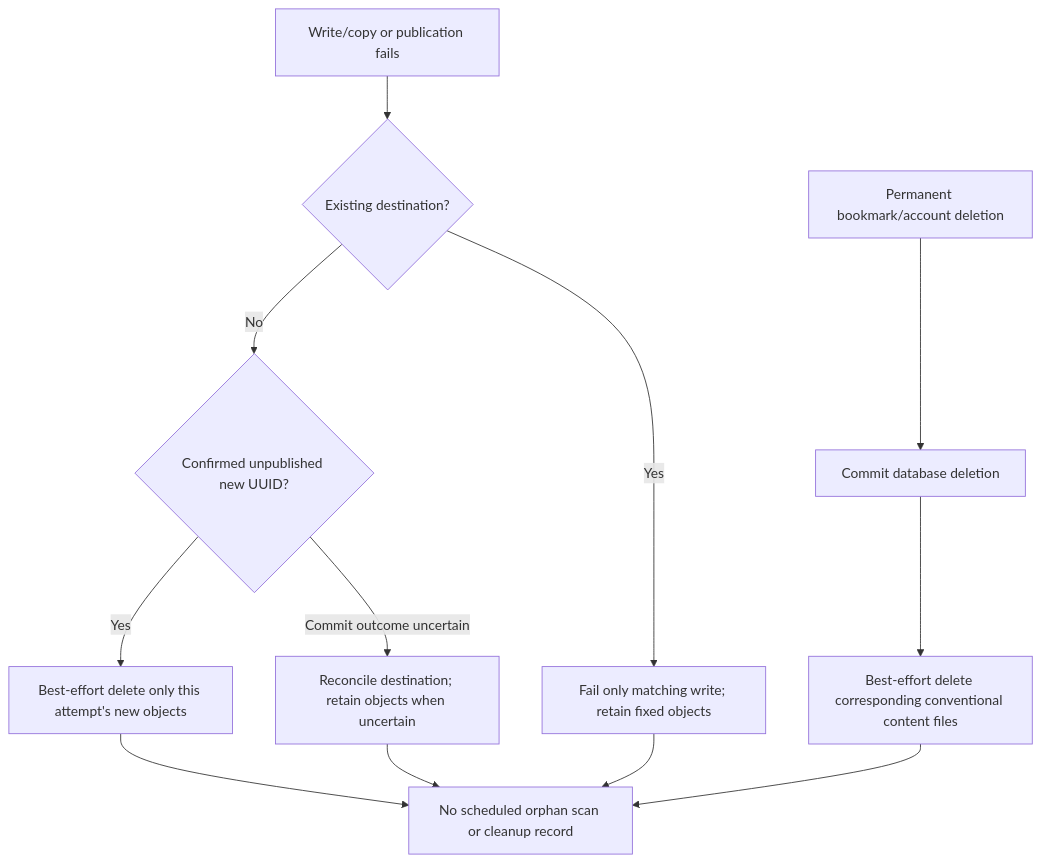
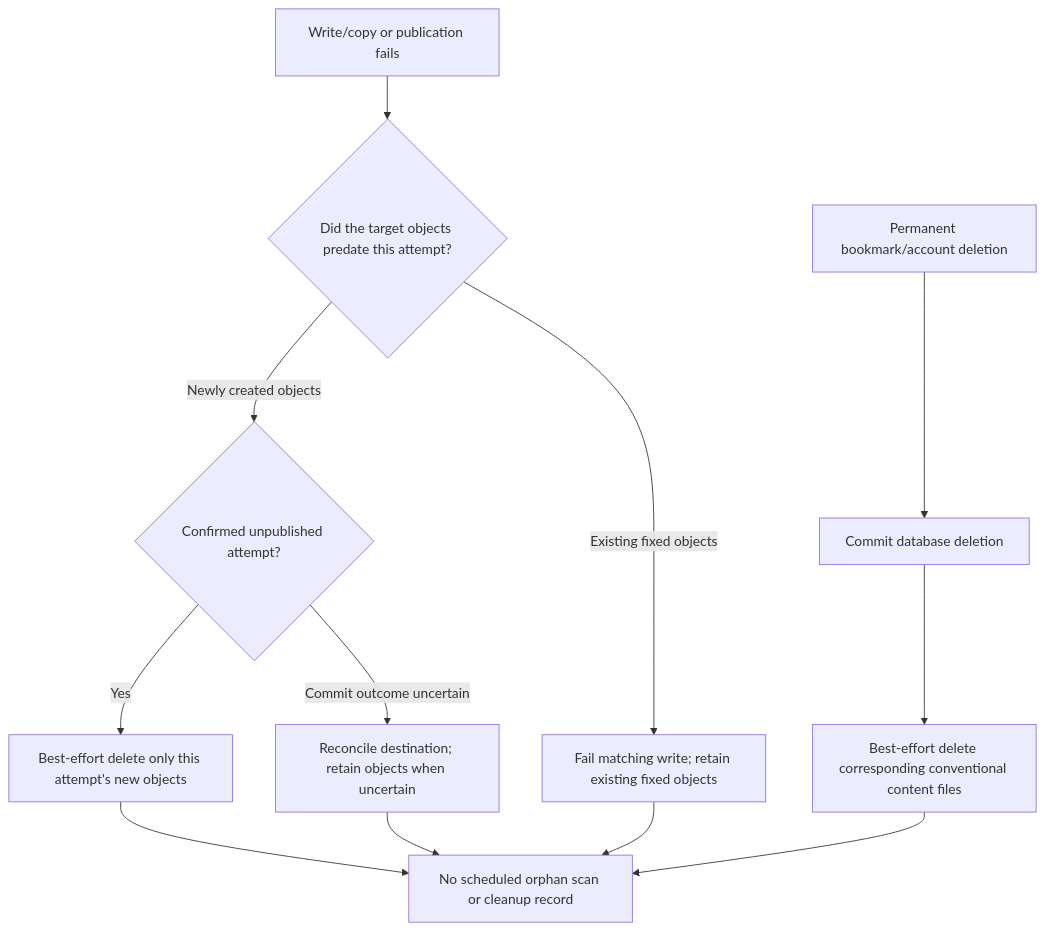
The third of 3 diagrams in docs/api/bookmark-fork-fixed-paths.md (slax-lab/slax-reader), drawn with Mermaid before and after one commit. The commit also changed other lines of this file and 26 other files, not shown here.

````diff
--- a/docs/api/bookmark-fork-fixed-paths.md
+++ b/docs/api/bookmark-fork-fixed-paths.md
@@ -72,14 +97,14 @@
 ```mermaid
 flowchart TD
-    A[Write/copy or publication fails] --> B{Existing destination?}
-    B -- Yes --> C[Fail only matching write; retain fixed objects]
-    B -- No --> D{Confirmed unpublished new UUID?}
+    A[Write/copy or publication fails] --> B{Did the target objects predate this attempt?}
+    B -- Existing fixed objects --> C[Fail matching write; retain existing fixed objects]
+    B -- Newly created objects --> D{Confirmed unpublished attempt?}
     D -- Yes --> E[Best-effort delete only this attempt's new objects]
     D -- Commit outcome uncertain --> F[Reconcile destination; retain objects when uncertain]
     G[Permanent bookmark/account deletion] --> H[Commit database deletion]
     H --> I[Best-effort delete corresponding conventional content files]
     E --> J[No scheduled orphan scan or cleanup record]
     F --> J
     C --> J
     I --> J
 ```
````
